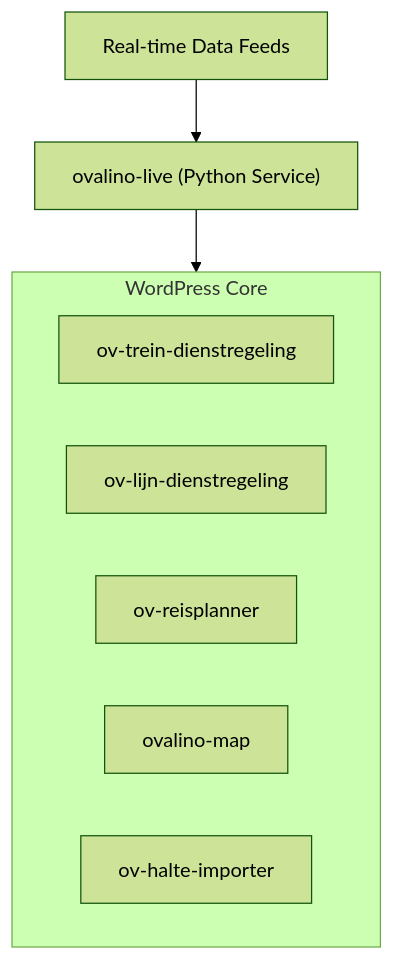
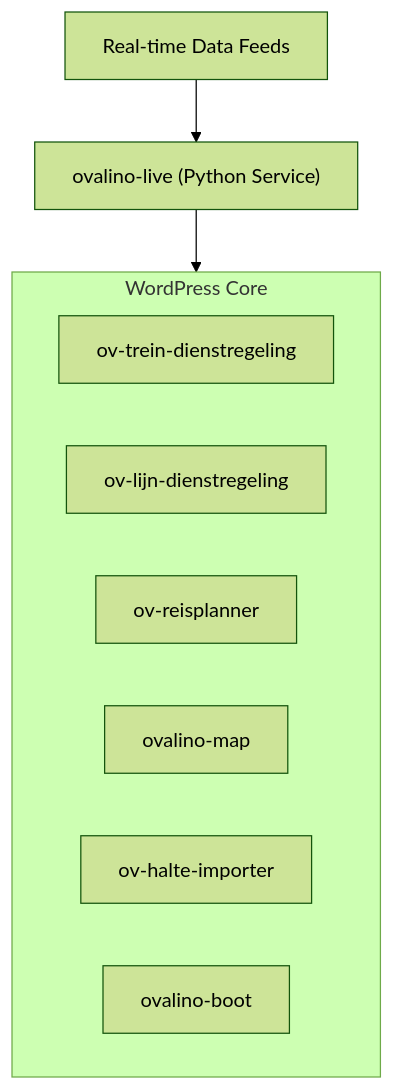
One commit to KevinvdLaan/Ovalino changed the diagram in README.md. Above: the diagram before and after it, drawn with Mermaid (forest theme). The commit also changed other lines of this file, not shown here.

Commit message:
Add ovalino-boot plugin details to README

````diff
--- a/README.md
+++ b/README.md
@@ -50,14 +54,15 @@
 ```mermaid
 flowchart TD
     A["Real-time Data Feeds"] --> B["ovalino-live (Python Service)"]
 
     subgraph WP ["WordPress Core"]
         C1["ov-trein-dienstregeling"]
         C2["ov-lijn-dienstregeling"]
         C3["ov-reisplanner"]
         C4["ovalino-map"]
         C5["ov-halte-importer"]
+        C6["ovalino-boot"]
     end
 
     B --> WP
 ```
````
